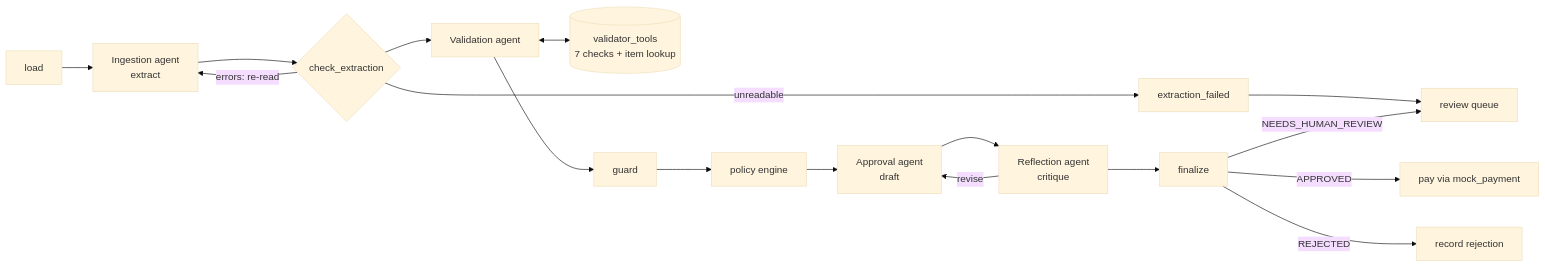
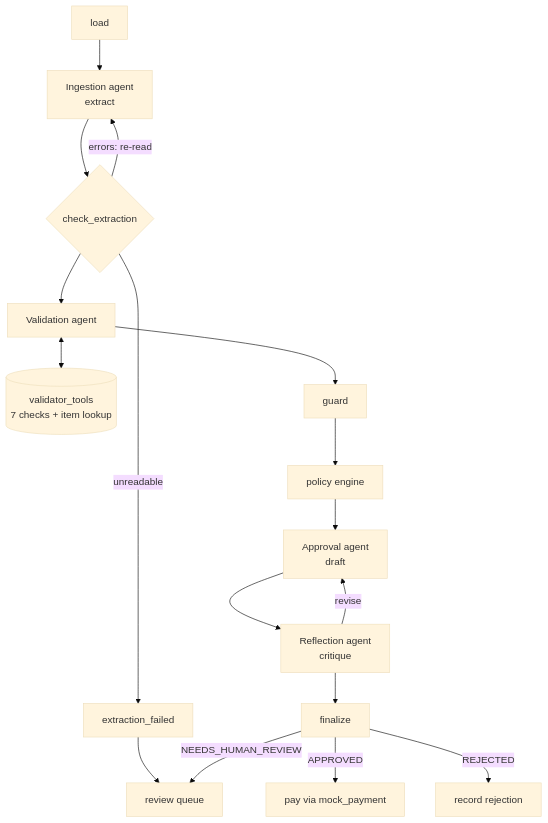
Before and after one commit to kendrickwong75/galatiq-invoice-automation: the diagram in README.md, drawn with Mermaid (base theme).

Commit message:
Lay out the README pipeline diagram top-to-bottom
Left-to-right rendered too small to read on GitHub.

````diff
--- a/README.md
+++ b/README.md
@@ -82,19 +82,19 @@
 ```mermaid
-flowchart LR
+flowchart TD
     L[load] --> E[Ingestion agent<br/>extract]
     E --> C{check_extraction}
     C -- errors: re-read --> E
     C -- unreadable --> X[extraction_failed]
     X --> R
     C --> V[Validation agent]
     V <--> T[(validator_tools<br/>7 checks + item lookup)]
     V --> G[guard]
     G --> P[policy engine]
     P --> A[Approval agent<br/>draft]
     A --> K[Reflection agent<br/>critique]
     K -- revise --> A
     K --> F[finalize]
     F -- APPROVED --> PAY[pay via mock_payment]
     F -- REJECTED --> REJ[record rejection]
     F -- NEEDS_HUMAN_REVIEW --> R[review queue]
 ```
````
